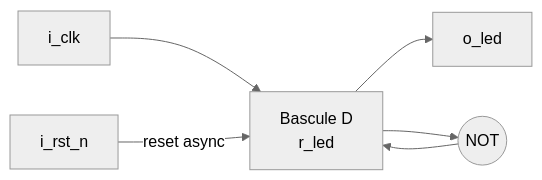
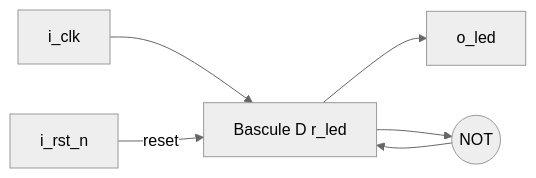
Before and after one commit to aminemegderENSEA/2627_2A_FPGA_MEGDER_HAJJI-LAAMOURI: the first of 3 diagrams in README.md, drawn with Mermaid (neutral theme). The commit also changed other lines of this file, not shown here.

````diff
--- a/README.md
+++ b/README.md
@@ -147,8 +59,7 @@
 ```mermaid
 flowchart LR
-    CLK[i_clk] --> DFF
-    RST[i_rst_n] -->|reset async| DFF
-    DFF["Bascule D<br/>r_led"] --> OUT[o_led]
-    DFF --> INV((NOT))
-    INV --> DFF
+    CLK[i_clk] --> DFF["Bascule D r_led"]
+    RST[i_rst_n] -->|reset| DFF
+    DFF --> OUT[o_led]
+    DFF --> INV((NOT)) --> DFF
 ```
````
